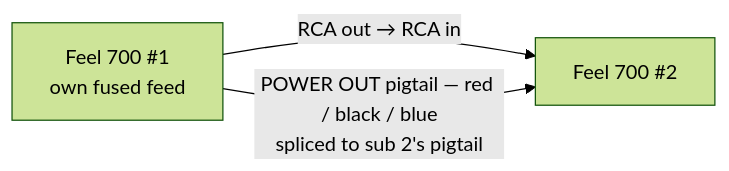
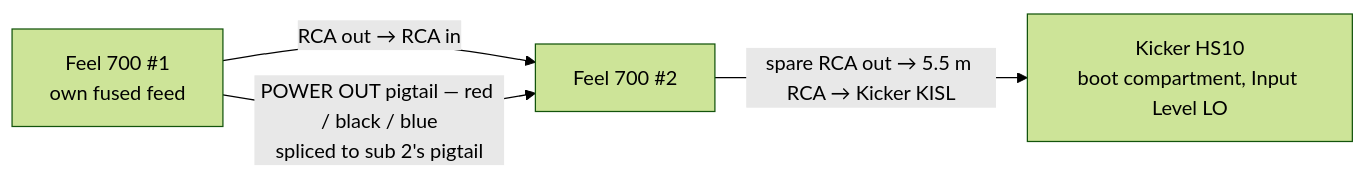
The third of 4 diagrams in AUDIO-UPGRADE.md (badsyntax/jimny-sound), drawn with Mermaid (forest theme) before and after one commit. The commit also changed other lines of this file and 2 other files, not shown here.

First line of the commit message:
Add the HS10 to every wiring and signal diagram

````diff
--- a/AUDIO-UPGRADE.md
+++ b/AUDIO-UPGRADE.md
@@ -194,5 +195,6 @@
 ```mermaid
 flowchart LR
     S1["Feel 700 #1<br/>own fused feed"] -->|"RCA out → RCA in"| S2["Feel 700 #2"]
     S1 -->|"POWER OUT pigtail — red / black / blue<br/>spliced to sub 2's pigtail"| S2
+    S2 -->|"spare RCA out → 5.5 m RCA → Kicker KISL"| HS["Kicker HS10<br/>boot compartment, Input Level LO"]
 ```
````
